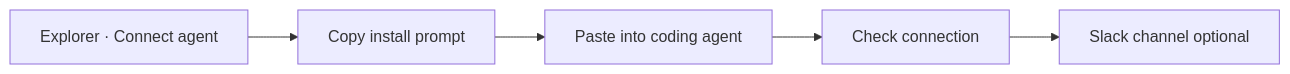
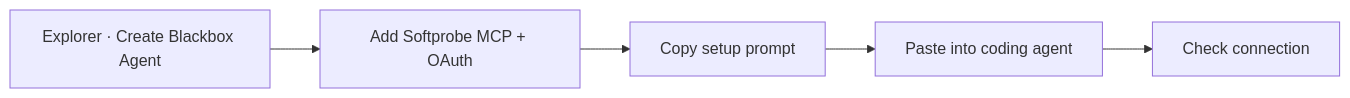
Before and after one commit to softprobe/document-website: the diagram in en/agent-qa/getting-started.md, drawn with Mermaid. The commit also changed other lines of this file and 1 other file, not shown here.

Commit message:
docs(agent-qa): document Blackbox setup prompt flow and ingest-only API key

````diff
--- a/en/agent-qa/getting-started.md
+++ b/en/agent-qa/getting-started.md
@@ -11,9 +11,9 @@
 ```mermaid
 flowchart LR
-  explorer["Explorer · Connect agent"]
-  prompt["Copy install prompt"]
+  explorer["Explorer · Create Blackbox Agent"]
+  mcp["Add Softprobe MCP + OAuth"]
+  prompt["Copy setup prompt"]
   paste["Paste into coding agent"]
   verify["Check connection"]
-  slack["Slack channel optional"]
-  explorer --> prompt --> paste --> verify --> slack
+  explorer --> mcp --> prompt --> paste --> verify
 ```
````
